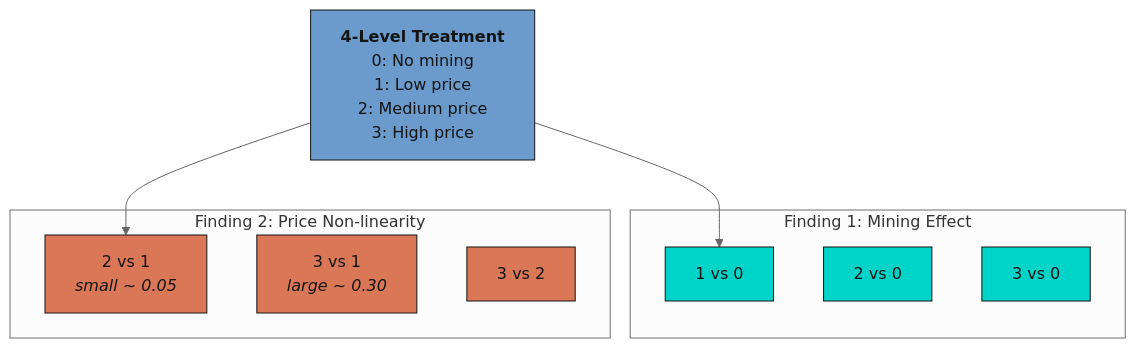
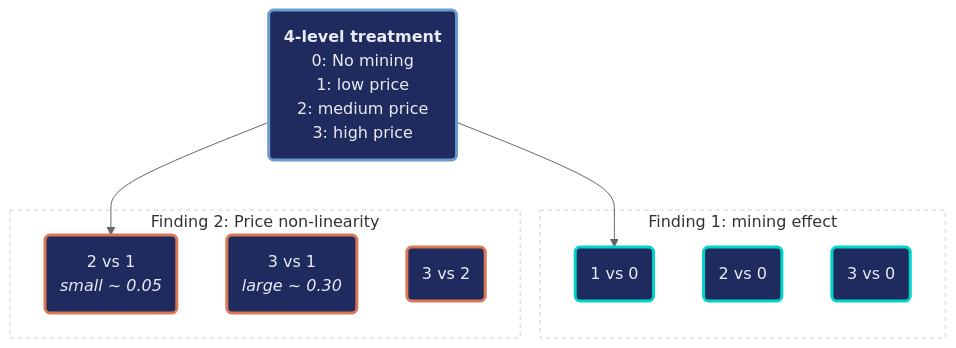
Before and after one commit to cmg777/starter-academic-v501: the third of 3 diagrams in content/post/stata_cate2/index.md, drawn with Mermaid (neutral theme). The commit also changed other lines of this file and 13 other files, not shown here.

First line of the commit message:
content(mermaid): restyle flowcharts in Stata posts, batch 1 of 2

````diff
--- a/content/post/stata_cate2/index.md
+++ b/content/post/stata_cate2/index.md
@@ -530,23 +530,25 @@
 ```mermaid
 graph TD
-    T["<b>4-Level Treatment</b><br/>0: No mining<br/>1: Low price<br/>2: Medium price<br/>3: High price"]:::data
+    T("<b>4-level treatment</b><br/>0: No mining<br/>1: low price<br/>2: medium price<br/>3: high price"):::data
 
-    subgraph F1["Finding 1: Mining Effect"]
-        C10["1 vs 0"]:::f1
-        C20["2 vs 0"]:::f1
-        C30["3 vs 0"]:::f1
+    subgraph F1["Finding 1: mining effect"]
+        C10("1 vs 0"):::f1
+        C20("2 vs 0"):::f1
+        C30("3 vs 0"):::f1
     end
 
-    subgraph F2["Finding 2: Price Non-linearity"]
-        C21["2 vs 1<br/><i>small ~ 0.05</i>"]:::f2
-        C31["3 vs 1<br/><i>large ~ 0.30</i>"]:::f2
-        C32["3 vs 2"]:::f2
+    subgraph F2["Finding 2: Price non-linearity"]
+        C21("2 vs 1<br/><i>small ~ 0.05</i>"):::f2
+        C31("3 vs 1<br/><i>large ~ 0.30</i>"):::f2
+        C32("3 vs 2"):::f2
     end
 
     T --> C10
     T --> C21
 
-    classDef data fill:#6a9bcc,stroke:#141413,color:#141413
-    classDef f1 fill:#00d4c8,stroke:#141413,color:#141413
-    classDef f2 fill:#d97757,stroke:#141413,color:#141413
+    classDef data fill:#1f2b5e,stroke:#6a9bcc,stroke-width:3px,color:#e8ecf2
+    classDef f1 fill:#1f2b5e,stroke:#00d4c8,stroke-width:3px,color:#e8ecf2
+    classDef f2 fill:#1f2b5e,stroke:#d97757,stroke-width:3px,color:#e8ecf2
+    style F1 fill:none,stroke:#c8d0e0,stroke-width:1px,stroke-dasharray:4 4
+    style F2 fill:none,stroke:#c8d0e0,stroke-width:1px,stroke-dasharray:4 4
 ```
````
